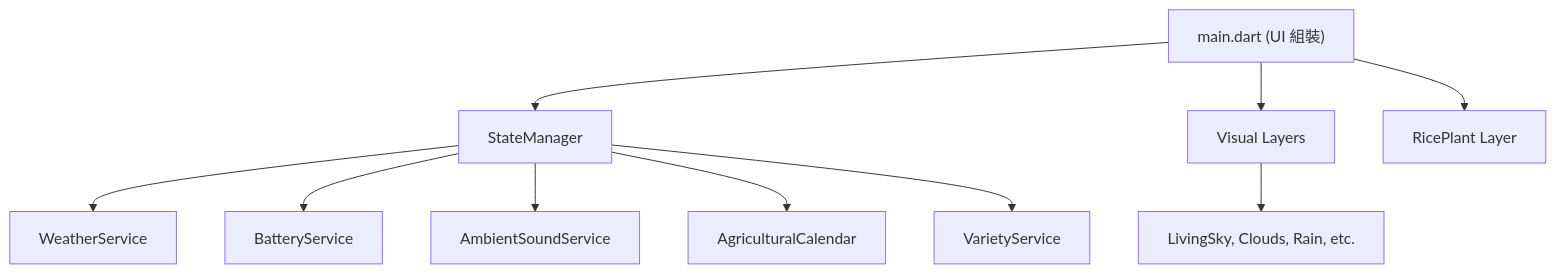
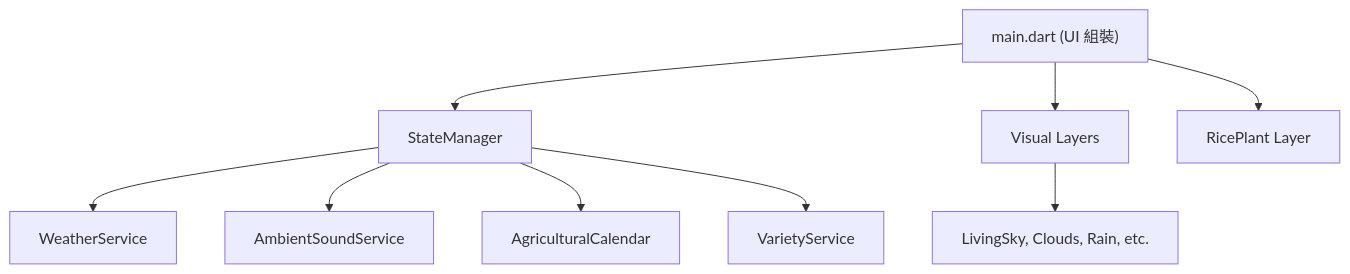
One commit to codinguniversefromEric/Every-grain changed the diagram in README.md. Above: the diagram before and after it, drawn with Mermaid. The commit also changed other lines of this file and 19 other files, not shown here.

````diff
--- a/README.md
+++ b/README.md
@@ -19,12 +18,11 @@
 ```mermaid
 graph TD
     A["main.dart (UI 組裝)"] --> B[StateManager]
     B --> C[WeatherService]
-    B --> D[BatteryService]
     B --> E[AmbientSoundService]
     B --> F[AgriculturalCalendar]
     B --> G[VarietyService]
     A --> H[Visual Layers]
     H --> I["LivingSky, Clouds, Rain, etc."]
     A --> J["RicePlant Layer"]
 ```
````
